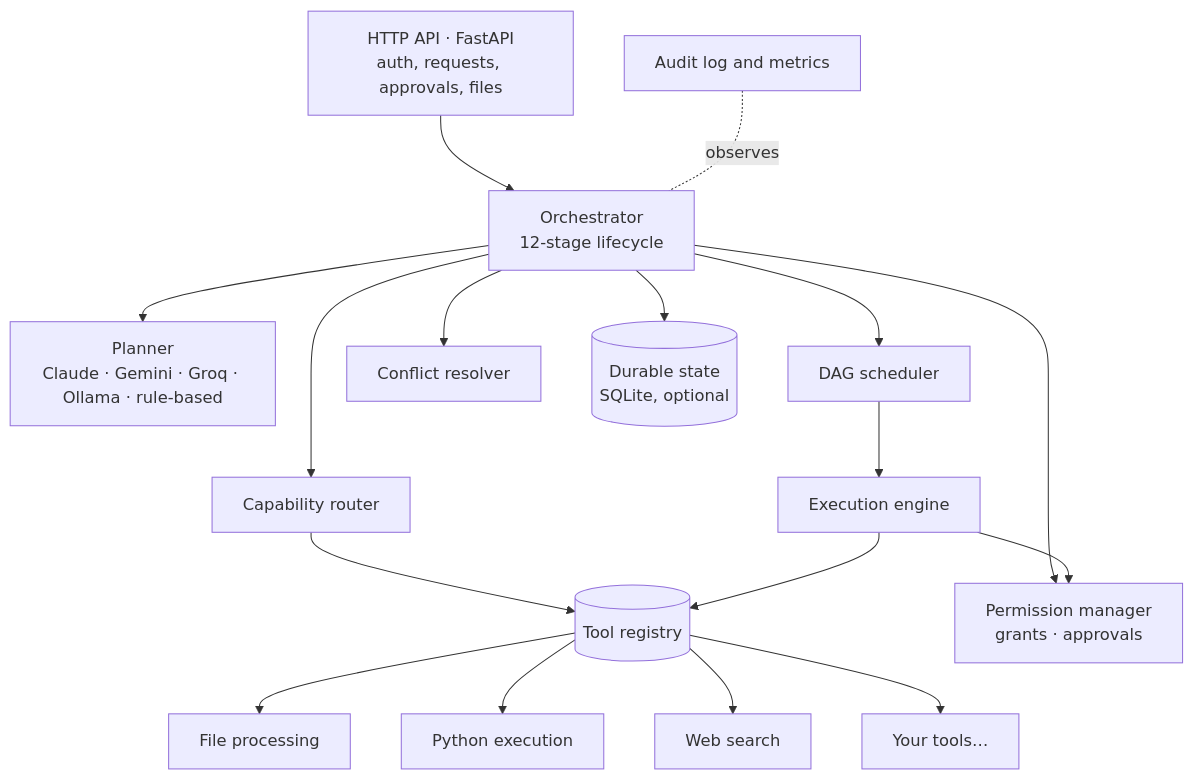
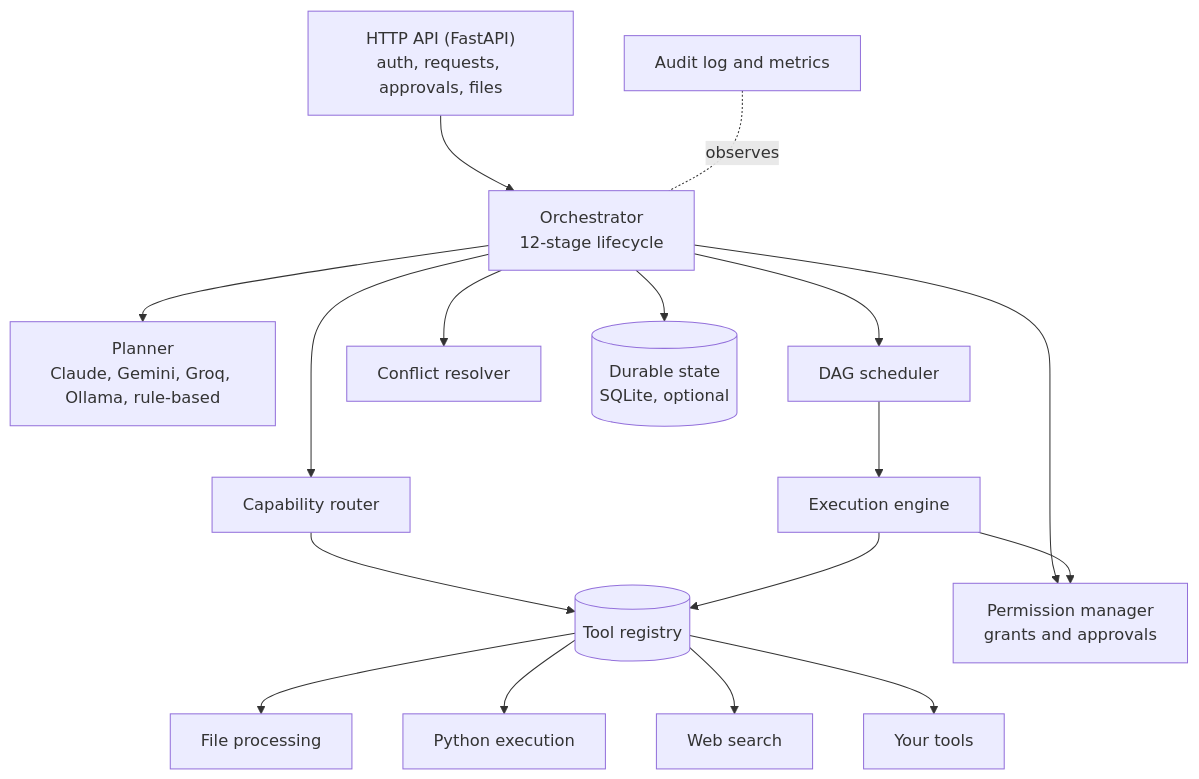
Before and after one commit to NihaalNO/multi-agent-orchestrator: the second of 3 diagrams in README.md, drawn with Mermaid. The commit also changed other lines of this file, not shown here.

Commit message:
Fix README diagrams that GitHub could not render
GitHub showed "Unable to render rich display" for the two flowcharts:
its Mermaid version rejects the middle dot (·) in unquoted node labels
(reproduced with Mermaid 9.4 and 10.2; 10.9+ accept it). Quote every
label, use plain ASCII text, and use the -.->|label| link form. The
rewritten diagrams parse in Mermaid 9.4, 10.2, 10.9 and 11.4.

````diff
--- a/README.md
+++ b/README.md
@@ -141,19 +141,19 @@
 ```mermaid
 flowchart TB
-    API[HTTP API · FastAPI<br/>auth, requests, approvals, files] --> ORC[Orchestrator<br/>12-stage lifecycle]
-    ORC --> PL[Planner<br/>Claude · Gemini · Groq · Ollama · rule-based]
-    ORC --> RT[Capability router]
-    RT --> REG[(Tool registry)]
-    ORC --> PM[Permission manager<br/>grants · approvals]
-    ORC --> SCH[DAG scheduler]
-    SCH --> ENG[Execution engine]
+    API["HTTP API (FastAPI)<br/>auth, requests, approvals, files"] --> ORC["Orchestrator<br/>12-stage lifecycle"]
+    ORC --> PL["Planner<br/>Claude, Gemini, Groq, Ollama, rule-based"]
+    ORC --> RT["Capability router"]
+    RT --> REG[("Tool registry")]
+    ORC --> PM["Permission manager<br/>grants and approvals"]
+    ORC --> SCH["DAG scheduler"]
+    SCH --> ENG["Execution engine"]
     ENG --> REG
     ENG --> PM
-    REG --> T1[File processing]
-    REG --> T2[Python execution]
-    REG --> T3[Web search]
-    REG --> T4[Your tools…]
-    ORC --> RES[Conflict resolver]
-    ORC --> ST[(Durable state<br/>SQLite, optional)]
-    AUD[Audit log and metrics] -. observes .- ORC
+    REG --> T1["File processing"]
+    REG --> T2["Python execution"]
+    REG --> T3["Web search"]
+    REG --> T4["Your tools"]
+    ORC --> RES["Conflict resolver"]
+    ORC --> ST[("Durable state<br/>SQLite, optional")]
+    AUD["Audit log and metrics"] -.-|"observes"| ORC
 ```
````
